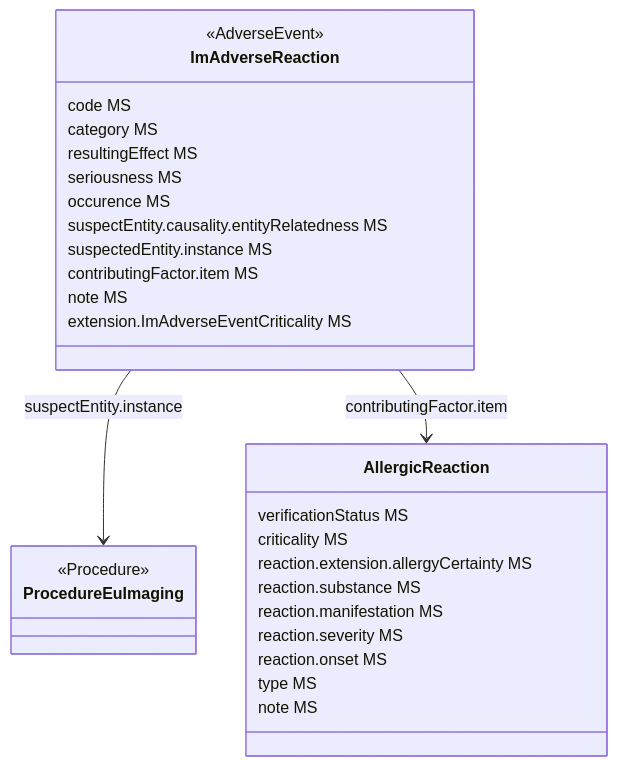
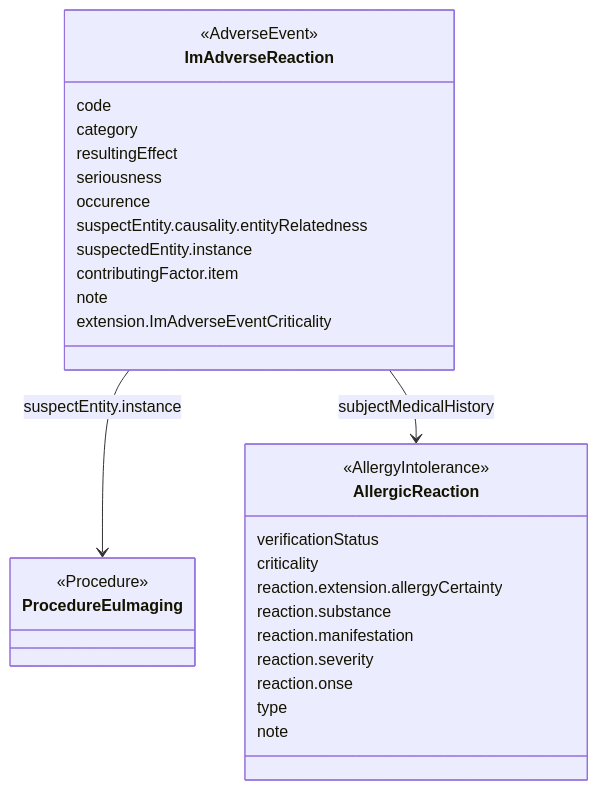
The diagram in igs/imaging-r4/input/pagecontent/design-consideration-procedure-adverse-reaction.md (hl7-eu/imaging), drawn with Mermaid before and after one commit. The commit also changed other lines of this file and 37 other files, not shown here.

````diff
--- a/igs/imaging-r4/input/pagecontent/design-consideration-procedure-adverse-reaction.md
+++ b/igs/imaging-r4/input/pagecontent/design-consideration-procedure-adverse-reaction.md
@@ -10,35 +12,36 @@
 ```mermaid
 classDiagram
   class ImAdverseReaction {
     <<AdverseEvent>>
-    code MS
-    category MS
-    resultingEffect MS
-    seriousness MS
-    occurence MS
-    suspectEntity.causality.entityRelatedness MS
-    suspectedEntity.instance MS
-    contributingFactor.item MS
-    note MS
-    extension.ImAdverseEventCriticality MS
+    code
+    category
+    resultingEffect
+    seriousness
+    occurence
+    suspectEntity.causality.entityRelatedness
+    suspectedEntity.instance
+    contributingFactor.item
+    note
+    extension.ImAdverseEventCriticality
   }
 
   class AllergicReaction{
-    verificationStatus MS
-    criticality MS
-    reaction.extension.allergyCertainty MS
-    reaction.substance MS
-    reaction.manifestation MS
-    reaction.severity  MS
-    reaction.onset MS
-    type MS
-    note MS
+    <<AllergyIntolerance>>
+    verificationStatus 
+    criticality
+    reaction.extension.allergyCertainty
+    reaction.substance
+    reaction.manifestation
+    reaction.severity
+    reaction.onse
+    type
+    note
   }
 
   class ProcedureEuImaging{
     <<Procedure>>
   }
 
   ImAdverseReaction --> ProcedureEuImaging: suspectEntity.instance
-  ImAdverseReaction --> AllergicReaction: contributingFactor.item
+  ImAdverseReaction --> AllergicReaction: subjectMedicalHistory
 ```
````
